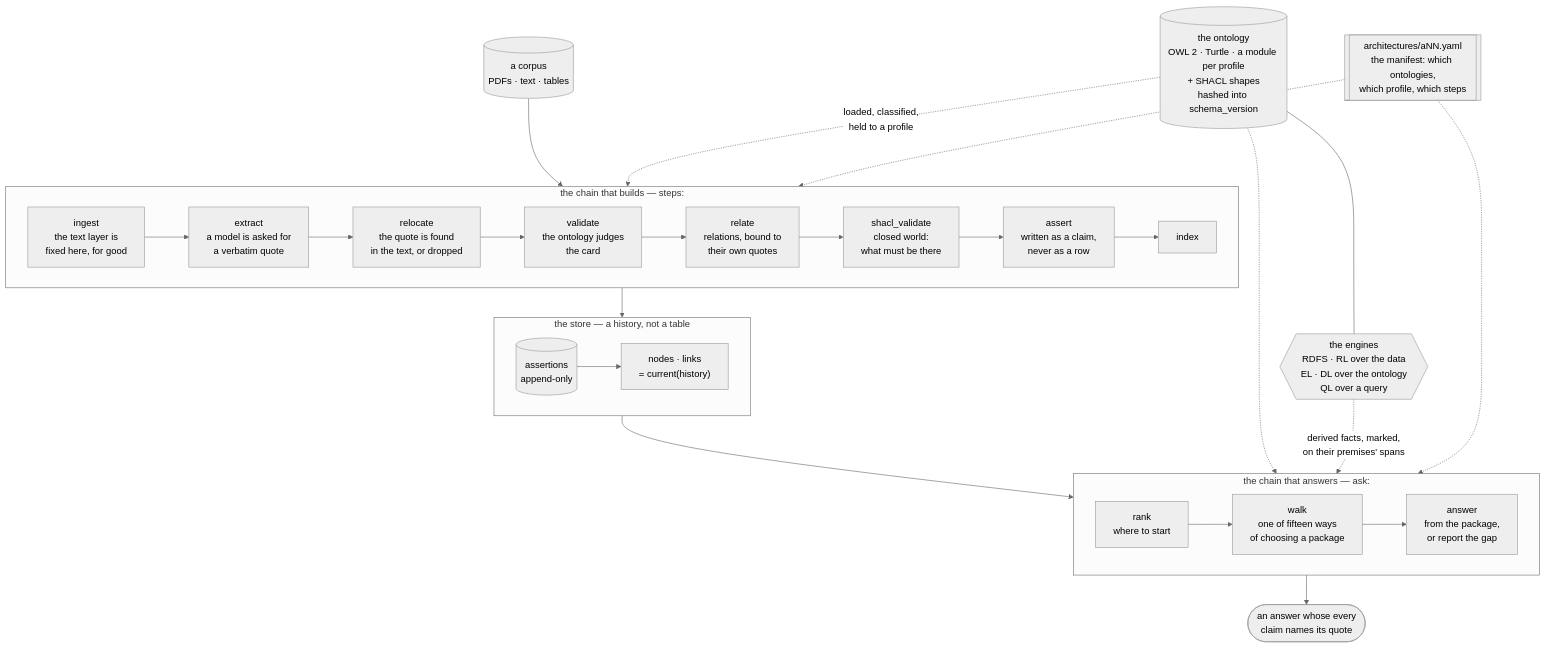
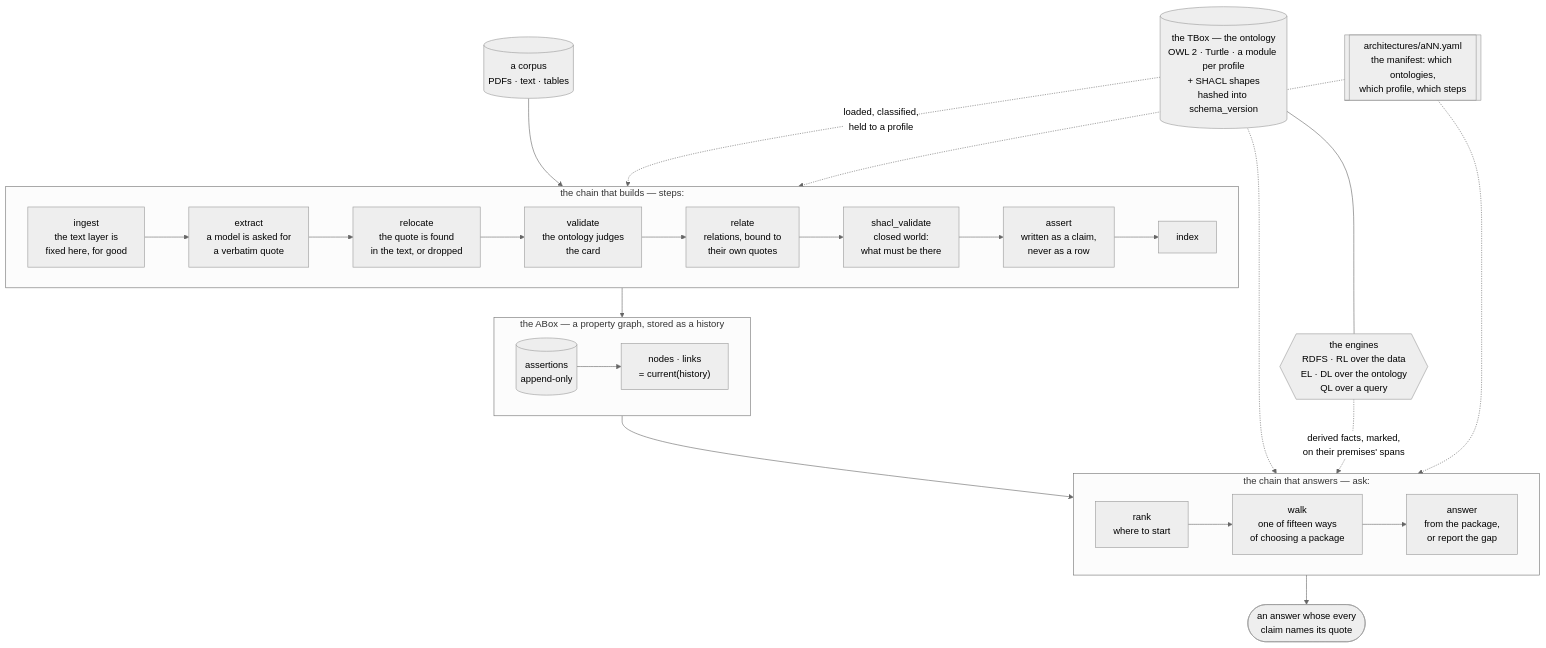
The first of 6 diagrams in docs/overview.md (Hamyrappy/atlas-of-science), drawn with Mermaid (neutral theme) before and after one commit. The commit also changed other lines of this file and 7 other files, not shown here.

First line of the commit message:
Say in every document that the TBox is OWL and the ABox a property graph

````diff
--- a/docs/overview.md
+++ b/docs/overview.md
@@ -12,44 +12,44 @@
 ```mermaid
 flowchart TB
     SRC[("a corpus<br/>PDFs · text · tables")]
 
     subgraph BUILD["the chain that builds — steps:"]
         direction LR
         I["ingest<br/>the text layer is<br/>fixed here, for good"]
         E["extract<br/>a model is asked for<br/>a verbatim quote"]
         R["relocate<br/>the quote is found<br/>in the text, or dropped"]
         V["validate<br/>the ontology judges<br/>the card"]
         L["relate<br/>relations, bound to<br/>their own quotes"]
         SH["shacl_validate<br/>closed world:<br/>what must be there"]
         A["assert<br/>written as a claim,<br/>never as a row"]
         X["index"]
         I --> E --> R --> V --> L --> SH --> A --> X
     end
 
-    subgraph STORE["the store — a history, not a table"]
+    subgraph STORE["the ABox — a property graph, stored as a history"]
         ASSERTIONS[("assertions<br/>append-only")]
         PROJ["nodes · links<br/>= current(history)"]
         ASSERTIONS --> PROJ
     end
 
     subgraph ASK["the chain that answers — ask:"]
         direction LR
         RANK["rank<br/>where to start"]
         WALK["walk<br/>one of fifteen ways<br/>of choosing a package"]
         ANS["answer<br/>from the package,<br/>or report the gap"]
         RANK --> WALK --> ANS
     end
 
-    ONTO[("the ontology<br/>OWL 2 · Turtle · a module per profile<br/>+ SHACL shapes<br/>hashed into schema_version")]
+    ONTO[("the TBox — the ontology<br/>OWL 2 · Turtle · a module per profile<br/>+ SHACL shapes<br/>hashed into schema_version")]
     ENG{{"the engines<br/>RDFS · RL over the data<br/>EL · DL over the ontology<br/>QL over a query"}}
 
     SRC --> BUILD --> STORE --> ASK --> OUT(["an answer whose every<br/>claim names its quote"])
     ONTO -.->|"loaded, classified,<br/>held to a profile"| BUILD
     ONTO -.-> ASK
     ONTO --- ENG
     ENG -.->|"derived facts, marked,<br/>on their premises' spans"| ASK
 
     MANIFEST[["architectures/aNN.yaml<br/>the manifest: which ontologies,<br/>which profile, which steps"]]
     MANIFEST -.-> BUILD
     MANIFEST -.-> ASK
 ```
````
